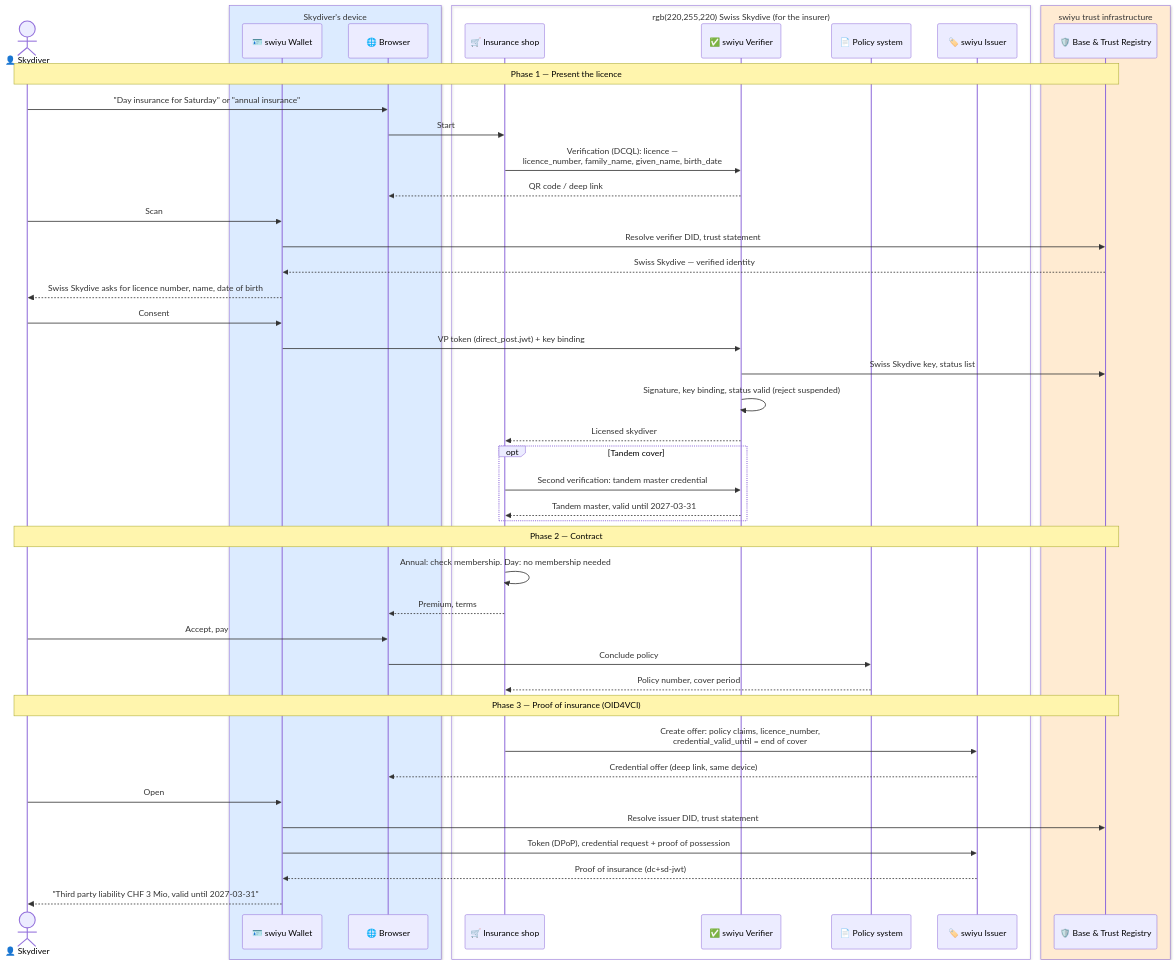
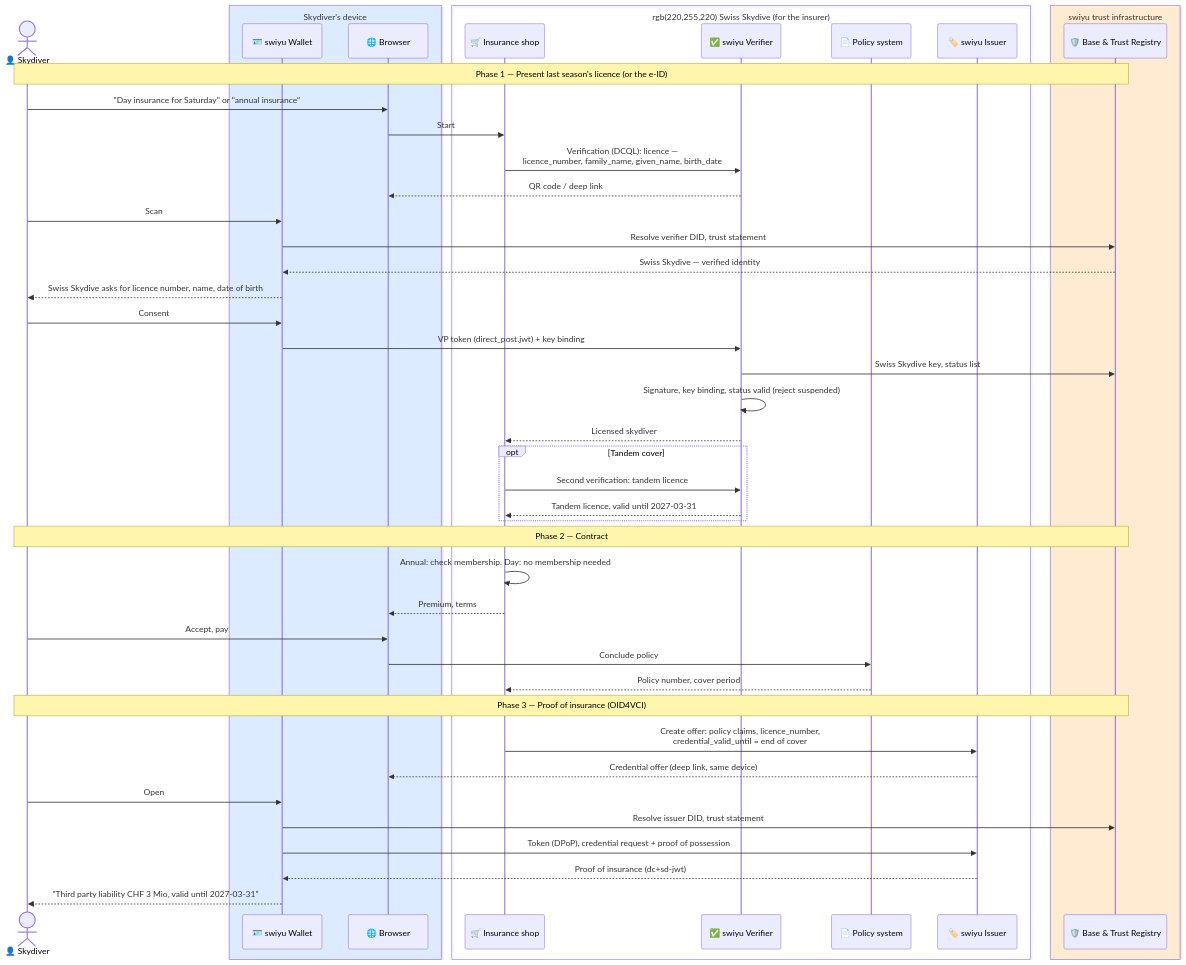
The diagram in insurance/README.md (DIDAS-swiss/Trust-Flow-Diagram-Repository), drawn with Mermaid before and after one commit. The commit also changed other lines of this file and 13 other files, not shown here.

````diff
--- a/insurance/README.md
+++ b/insurance/README.md
@@ -51,56 +57,56 @@
 ```mermaid
 %%{init: {"theme": "default", "themeVariables": {"fontFamily": "Inter, Arial"}}}%%
 sequenceDiagram
     actor Jumper as 👤 Skydiver
 
     box rgb(220,235,255) Skydiver's device
         participant Wallet as 🪪 swiyu Wallet
         participant Browser as 🌐 Browser
     end
 
     box rgb(220,255,220) Swiss Skydive (for the insurer)
         participant Shop as 🛒 Insurance shop
         participant Verifier as ✅ swiyu Verifier
         participant Policy as 📄 Policy system
         participant Issuer as 🏷️ swiyu Issuer
     end
 
     box rgb(255,235,210) swiyu trust infrastructure
         participant Trust as 🛡️ Base & Trust Registry
     end
 
-    Note over Jumper,Trust: Phase 1 — Present the licence
+    Note over Jumper,Trust: Phase 1 — Present last season's licence (or the e-ID)
     Jumper->>Browser: "Day insurance for Saturday" or "annual insurance"
     Browser->>Shop: Start
     Shop->>Verifier: Verification (DCQL): licence —<br/>licence_number, family_name, given_name, birth_date
     Verifier-->>Browser: QR code / deep link
     Jumper->>Wallet: Scan
     Wallet->>Trust: Resolve verifier DID, trust statement
     Trust-->>Wallet: Swiss Skydive — verified identity
     Wallet-->>Jumper: Swiss Skydive asks for licence number, name, date of birth
     Jumper->>Wallet: Consent
     Wallet->>Verifier: VP token (direct_post.jwt) + key binding
     Verifier->>Trust: Swiss Skydive key, status list
     Verifier->>Verifier: Signature, key binding, status valid (reject suspended)
     Verifier-->>Shop: Licensed skydiver
     opt Tandem cover
-        Shop->>Verifier: Second verification: tandem master credential
-        Verifier-->>Shop: Tandem master, valid until 2027-03-31
+        Shop->>Verifier: Second verification: tandem licence
+        Verifier-->>Shop: Tandem licence, valid until 2027-03-31
     end
 
     Note over Jumper,Trust: Phase 2 — Contract
     Shop->>Shop: Annual: check membership. Day: no membership needed
     Shop-->>Browser: Premium, terms
     Jumper->>Browser: Accept, pay
     Browser->>Policy: Conclude policy
     Policy-->>Shop: Policy number, cover period
 
     Note over Jumper,Trust: Phase 3 — Proof of insurance (OID4VCI)
     Shop->>Issuer: Create offer: policy claims, licence_number,<br/>credential_valid_until = end of cover
     Issuer-->>Browser: Credential offer (deep link, same device)
     Jumper->>Wallet: Open
     Wallet->>Trust: Resolve issuer DID, trust statement
     Wallet->>Issuer: Token (DPoP), credential request + proof of possession
     Issuer-->>Wallet: Proof of insurance (dc+sd-jwt)
     Wallet-->>Jumper: "Third party liability CHF 3 Mio, valid until 2027-03-31"
 ```
````
